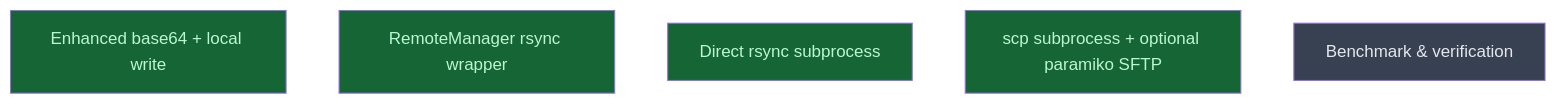
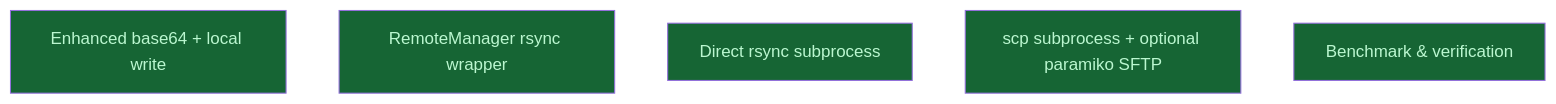
Before and after one commit to RIKEN-RCCS/Rikyu-Agent: the diagram in __roadmap__/fs-download-rework/transports/README.md, drawn with Mermaid. The commit also changed other lines of this file and 3 other files, not shown here.

Commit message:
docs(roadmap): campaign complete — all tiers done

````diff
--- a/__roadmap__/fs-download-rework/transports/README.md
+++ b/__roadmap__/fs-download-rework/transports/README.md
@@ -16,13 +16,13 @@
 ```mermaid
 graph TD
     t_base64[Enhanced base64 + local write]:::done
     t_remotemanager_rsync[RemoteManager rsync wrapper]:::done
     t_rsync_subprocess[Direct rsync subprocess]:::done
     t_scp_sftp[scp subprocess + optional paramiko SFTP]:::done
-    benchmark[Benchmark & verification]:::planned
+    benchmark[Benchmark & verification]:::done
     classDef done       fill:#166534,color:#bbf7d0
     classDef inprogress fill:#854d0e,color:#fef08a
     classDef planned    fill:#374151,color:#e5e7eb
     classDef amendment  fill:#1e3a5f,color:#bfdbfe
     classDef blocked    fill:#7f1d1d,color:#fecaca
 ```
````
